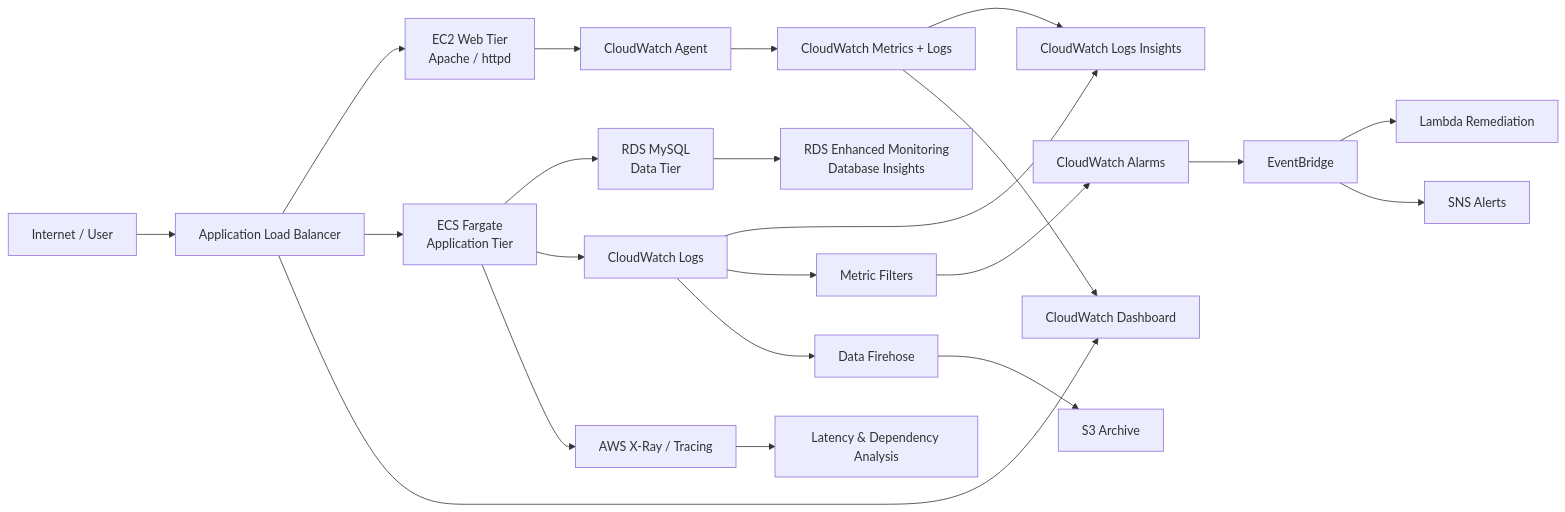
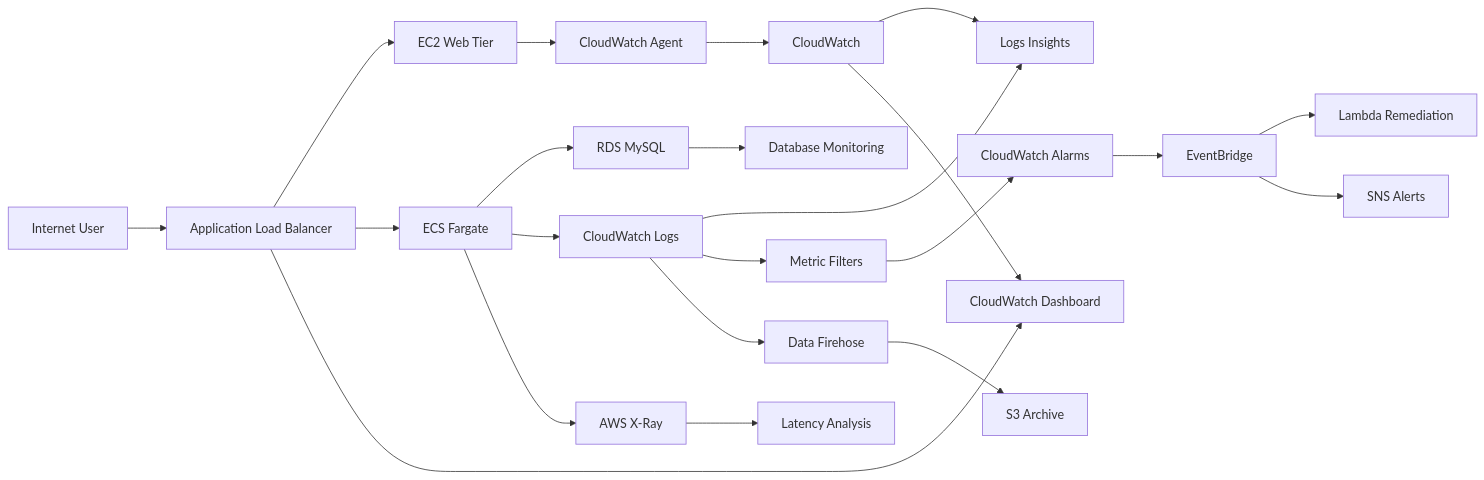
The diagram in README.md (jobhanesbwire/observability-as-a-service-capstone), drawn with Mermaid before and after one commit.

Commit message:
Fix Mermaid rendering in README

````diff
--- a/README.md
+++ b/README.md
@@ -36,30 +36,30 @@
 ```mermaid
 flowchart LR
-    User[Internet / User] --> ALB[Application Load Balancer]
+    User[Internet User] --> ALB[Application Load Balancer]
 
-    ALB --> EC2[EC2 Web Tier\nApache / httpd]
-    ALB --> ECS[ECS Fargate\nApplication Tier]
-    ECS --> RDS[RDS MySQL\nData Tier]
+    ALB --> EC2[EC2 Web Tier]
+    ALB --> ECS[ECS Fargate]
+    ECS --> RDS[RDS MySQL]
 
     EC2 --> CWAgent[CloudWatch Agent]
-    CWAgent --> CW[CloudWatch Metrics + Logs]
+    CWAgent --> CW[CloudWatch]
     ECS --> CWLogs[CloudWatch Logs]
-    RDS --> RDSMon[RDS Enhanced Monitoring\nDatabase Insights]
+    RDS --> RDSMon[Database Monitoring]
 
-    CW --> LogsInsights[CloudWatch Logs Insights]
+    CW --> LogsInsights[Logs Insights]
     CWLogs --> LogsInsights
     CWLogs --> MetricFilters[Metric Filters]
     MetricFilters --> Alarm[CloudWatch Alarms]
     Alarm --> EventBridge[EventBridge]
     EventBridge --> Lambda[Lambda Remediation]
     EventBridge --> SNS[SNS Alerts]
 
     CWLogs --> Firehose[Data Firehose]
     Firehose --> S3[S3 Archive]
 
     CW --> Dashboard[CloudWatch Dashboard]
     ALB --> Dashboard
 
-    ECS --> XRay[AWS X-Ray / Tracing]
-    XRay --> TraceAnalysis[Latency & Dependency Analysis]
+    ECS --> XRay[AWS X-Ray]
+    XRay --> TraceAnalysis[Latency Analysis]
 ```
````
